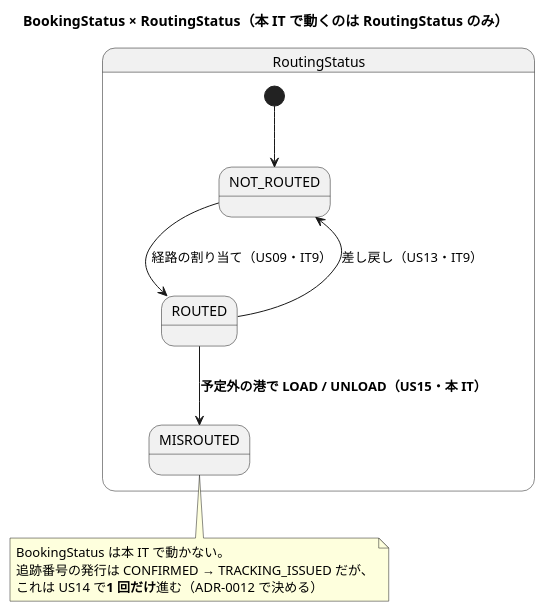
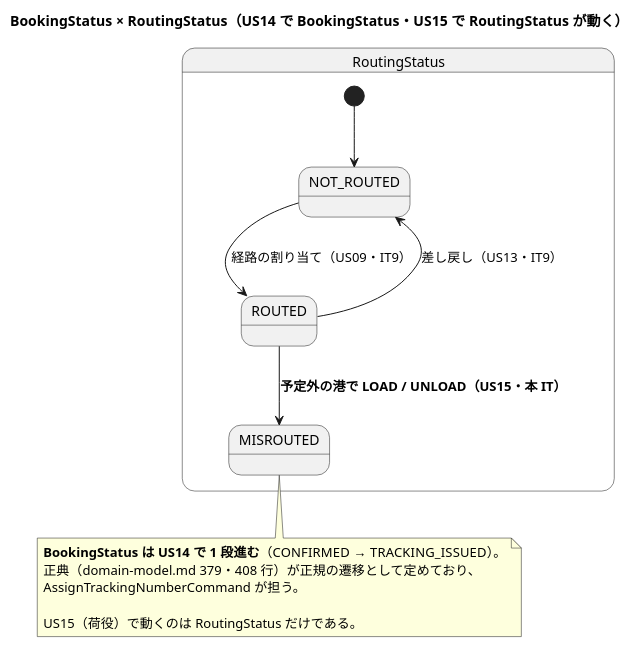
One commit to k2works/case-study-cargo-tracker changed the third of 5 diagrams in docs/development/iteration_plan-10.md. Above: the diagram before and after it, drawn with PlantUML. The commit also changed other lines of this file and 2 other files, not shown here.

````diff
--- a/docs/development/iteration_plan-10.md
+++ b/docs/development/iteration_plan-10.md
@@ -347,18 +397,20 @@
 ```plantuml
 @startuml
-title BookingStatus × RoutingStatus（本 IT で動くのは RoutingStatus のみ）
+title BookingStatus × RoutingStatus（US14 で BookingStatus・US15 で RoutingStatus が動く）
 
 state "RoutingStatus" as RS {
   [*] --> NOT_ROUTED
   NOT_ROUTED --> ROUTED : 経路の割り当て（US09・IT9）
   ROUTED --> NOT_ROUTED : 差し戻し（US13・IT9）
   ROUTED --> MISROUTED : **予定外の港で LOAD / UNLOAD（US15・本 IT）**
 }
 
 note bottom
-  BookingStatus は本 IT で動かない。
-  追跡番号の発行は CONFIRMED → TRACKING_ISSUED だが、
-  これは US14 で**1 回だけ**進む（ADR-0012 で決める）
+  **BookingStatus は US14 で 1 段進む**（CONFIRMED → TRACKING_ISSUED）。
+  正典（domain-model.md 379・408 行）が正規の遷移として定めており、
+  AssignTrackingNumberCommand が担う。
+
+  US15（荷役）で動くのは RoutingStatus だけである。
 end note
 @enduml
 ```
````
